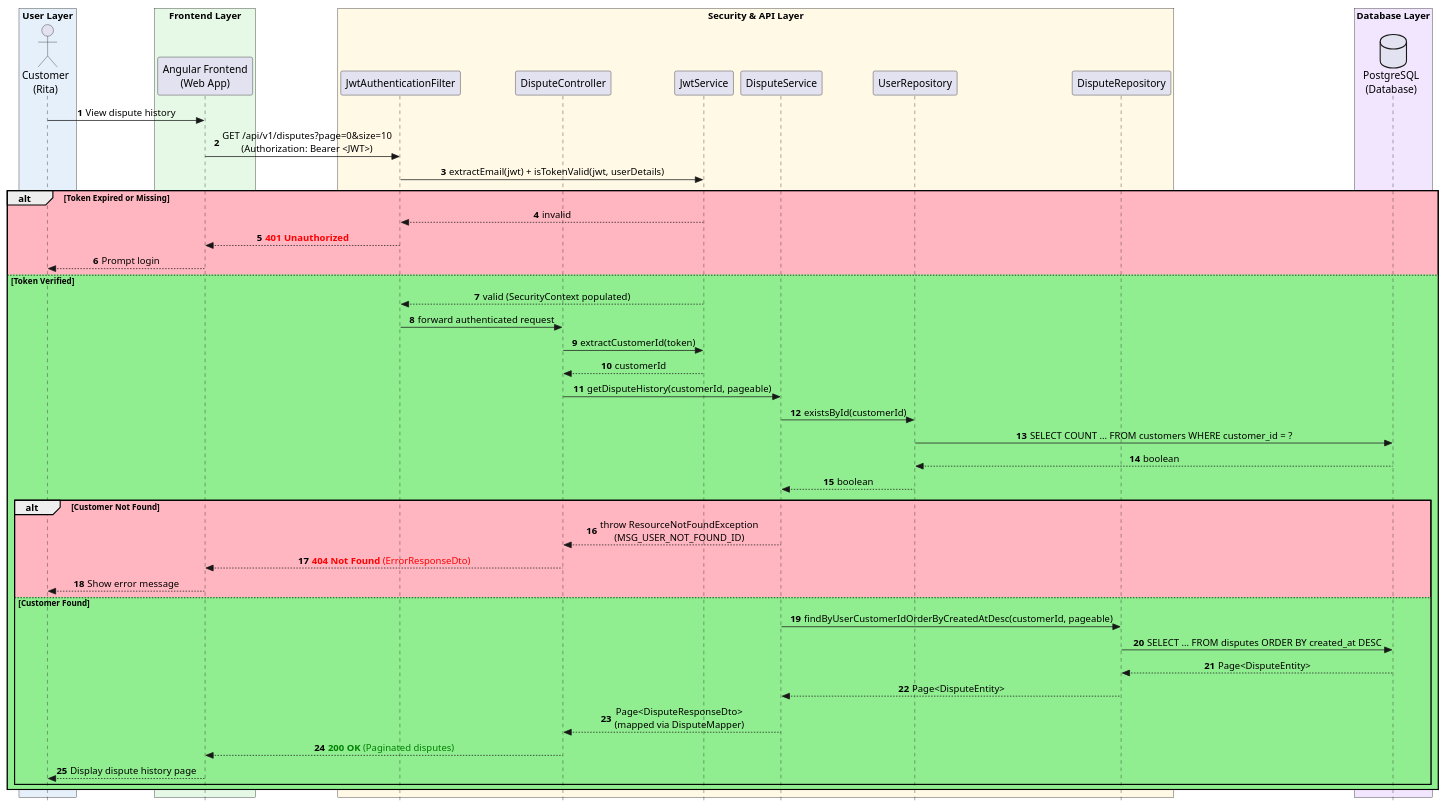
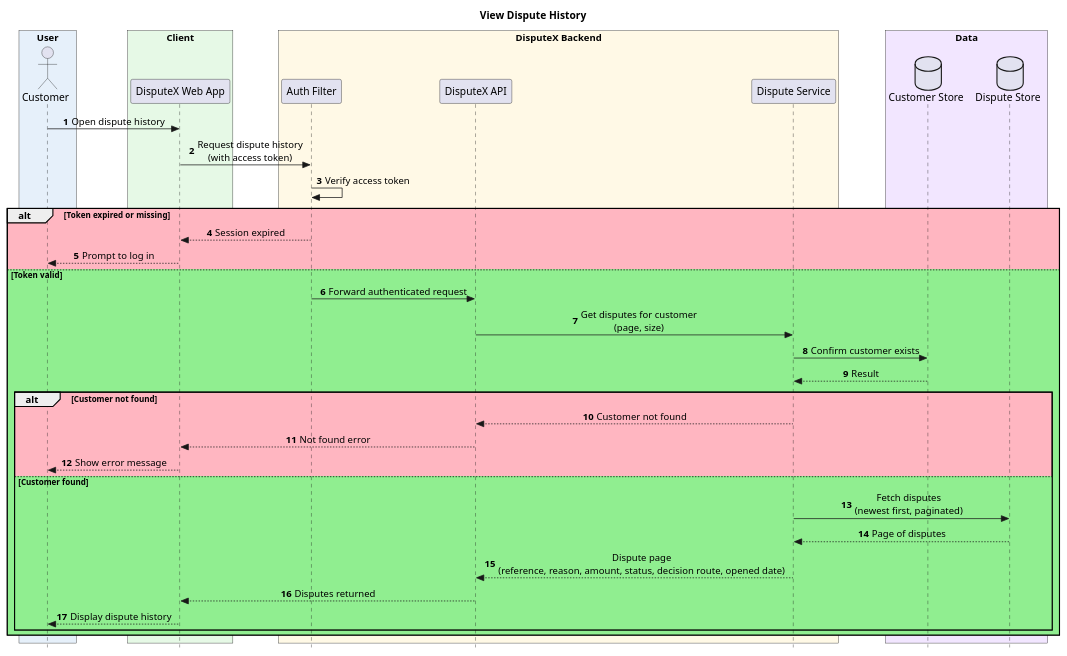
One commit to MOzil-10/Transaction-Dispute-Service changed the diagram in sequenceDiagram/ViewDisputeHistory.puml. Above: the diagram before and after it, drawn with PlantUML. The commit also changed 24 other files, not shown here.

Commit message:
Updated unit tests, updated the sequence diagrams and updated security as well

```diff
--- a/sequenceDiagram/ViewDisputeHistory.puml
+++ b/sequenceDiagram/ViewDisputeHistory.puml
@@ -1,63 +1,53 @@
 @startuml
+title View Dispute History
 autonumber
 skinparam Style strictuml
 skinparam SequenceMessageAlignment center
 skinparam boxPadding 10
 
-box "User Layer" #E6F0FA
-actor "Customer\n(Rita)" as Customer
+box "User" #E6F0FA
+actor "Customer" as Customer
 end box
 
-box "Frontend Layer" #E6F9E6
-participant "Angular Frontend\n(Web App)" as Frontend
+box "Client" #E6F9E6
+participant "DisputeX Web App" as Frontend
 end box
 
-box "Security & API Layer" #FFF9E6
-participant "JwtAuthenticationFilter" as Filter
-participant "DisputeController" as Controller
-participant "JwtService" as JWT
-participant "DisputeService" as Service
-participant "UserRepository" as UserRepo
-participant "DisputeRepository" as DisputeRepo
+box "DisputeX Backend" #FFF9E6
+participant "Auth Filter" as Filter
+participant "DisputeX API" as Api
+participant "Dispute Service" as Service
 end box
 
-box "Database Layer" #F2E6FF
-database "PostgreSQL\n(Database)" as DB
+box "Data" #F2E6FF
+database "Customer Store" as CustomerDB
+database "Dispute Store" as DisputeDB
 end box
 
-Customer -> Frontend: View dispute history
-Frontend -> Filter: GET /api/v1/disputes?page=0&size=10\n(Authorization: Bearer <JWT>)
+Customer -> Frontend: Open dispute history
+Frontend -> Filter: Request dispute history\n(with access token)
 
-Filter -> JWT: extractEmail(jwt) + isTokenValid(jwt, userDetails)
-alt #LightPink Token Expired or Missing
-    JWT --> Filter: invalid
-    Filter --> Frontend: <font color=red><b>401 Unauthorized</b></font>
-    Frontend --> Customer: Prompt login
-else #LightGreen Token Verified
-    JWT --> Filter: valid (SecurityContext populated)
-    Filter -> Controller: forward authenticated request
+Filter -> Filter: Verify access token
+alt #LightPink Token expired or missing
+    Filter --> Frontend: Session expired
+    Frontend --> Customer: Prompt to log in
+else #LightGreen Token valid
+    Filter -> Api: Forward authenticated request
+    Api -> Service: Get disputes for customer\n(page, size)
 
-    Controller -> JWT: extractCustomerId(token)
-    JWT --> Controller: customerId
-    Controller -> Service: getDisputeHistory(customerId, pageable)
+    Service -> CustomerDB: Confirm customer exists
+    CustomerDB --> Service: Result
 
-    Service -> UserRepo: existsById(customerId)
-    UserRepo -> DB: SELECT COUNT ... FROM customers WHERE customer_id = ?
-    DB --> UserRepo: boolean
-    UserRepo --> Service: boolean
-
-    alt #LightPink Customer Not Found
-        Service --> Controller: throw ResourceNotFoundException\n(MSG_USER_NOT_FOUND_ID)
-        Controller --> Frontend: <font color=red><b>404 Not Found</b> (ErrorResponseDto)</font>
+    alt #LightPink Customer not found
+        Service --> Api: Customer not found
+        Api --> Frontend: Not found error
         Frontend --> Customer: Show error message
-    else #LightGreen Customer Found
-        Service -> DisputeRepo: findByUserCustomerIdOrderByCreatedAtDesc(customerId, pageable)
-        DisputeRepo -> DB: SELECT ... FROM disputes ORDER BY created_at DESC
-        DB --> DisputeRepo: Page<DisputeEntity>
-        DisputeRepo --> Service: Page<DisputeEntity>
-        Service --> Controller: Page<DisputeResponseDto>\n(mapped via DisputeMapper)
-        Controller --> Frontend: <font color=green><b>200 OK</b> (Paginated disputes)</font>
-        Frontend --> Customer: Display dispute history page
+    else #LightGreen Customer found
+        Service -> DisputeDB: Fetch disputes\n(newest first, paginated)
+        DisputeDB --> Service: Page of disputes
+        Service --> Api: Dispute page\n(reference, reason, amount, status, decision route, opened date)
+        Api --> Frontend: Disputes returned
+        Frontend --> Customer: Display dispute history
     end
 end
 @enduml
```
